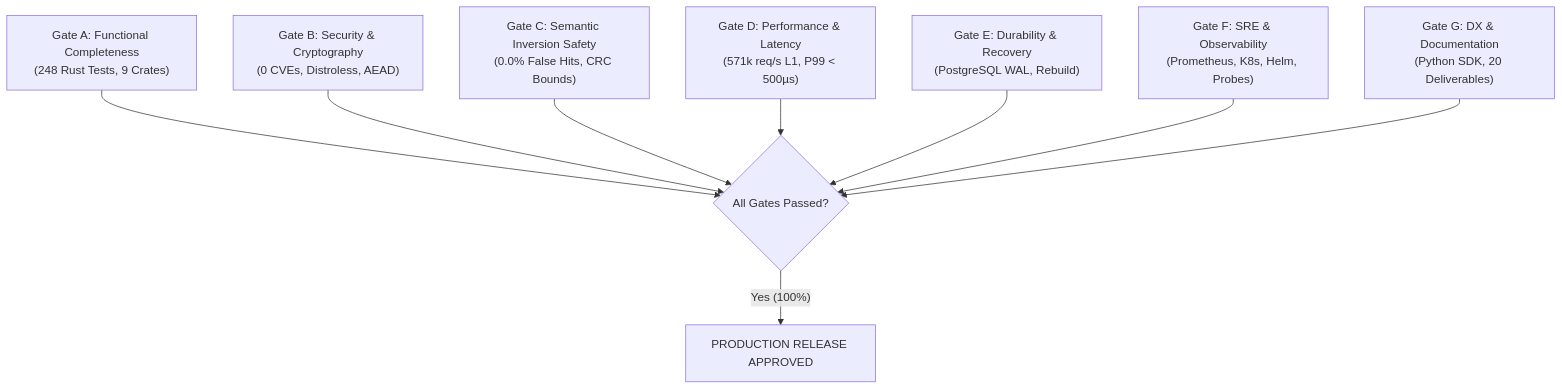
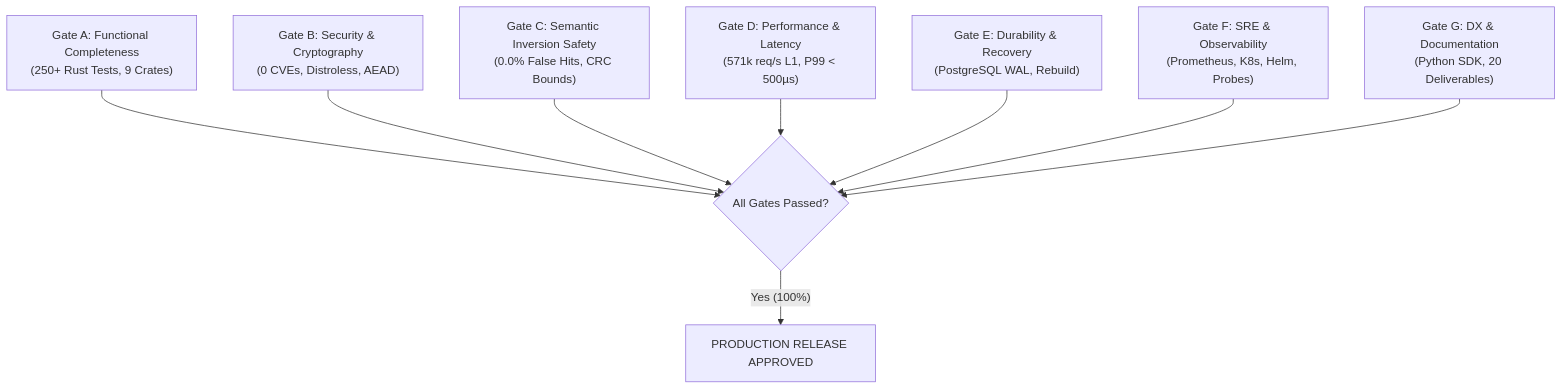
Before and after one commit to Monkey0-9/Sunborn: the diagram in docs/master/18_RELEASE_READINESS_REPORT.md, drawn with Mermaid. The commit also changed other lines of this file and 8 other files, not shown here.

````diff
--- a/docs/master/18_RELEASE_READINESS_REPORT.md
+++ b/docs/master/18_RELEASE_READINESS_REPORT.md
@@ -22,11 +22,11 @@
 ```mermaid
 flowchart TD
-    GA["Gate A: Functional Completeness<br/>(248 Rust Tests, 9 Crates)"] --> Passed{"All Gates Passed?"}
+    GA["Gate A: Functional Completeness<br/>(250+ Rust Tests, 9 Crates)"] --> Passed{"All Gates Passed?"}
     GB["Gate B: Security & Cryptography<br/>(0 CVEs, Distroless, AEAD)"] --> Passed
     GC["Gate C: Semantic Inversion Safety<br/>(0.0% False Hits, CRC Bounds)"] --> Passed
     GD["Gate D: Performance & Latency<br/>(571k req/s L1, P99 < 500µs)"] --> Passed
     GE["Gate E: Durability & Recovery<br/>(PostgreSQL WAL, Rebuild)"] --> Passed
     GF["Gate F: SRE & Observability<br/>(Prometheus, K8s, Helm, Probes)"] --> Passed
     GG["Gate G: DX & Documentation<br/>(Python SDK, 20 Deliverables)"] --> Passed
     Passed -- "Yes (100%)" --> GA_Approved["PRODUCTION RELEASE APPROVED"]
 ```
````
